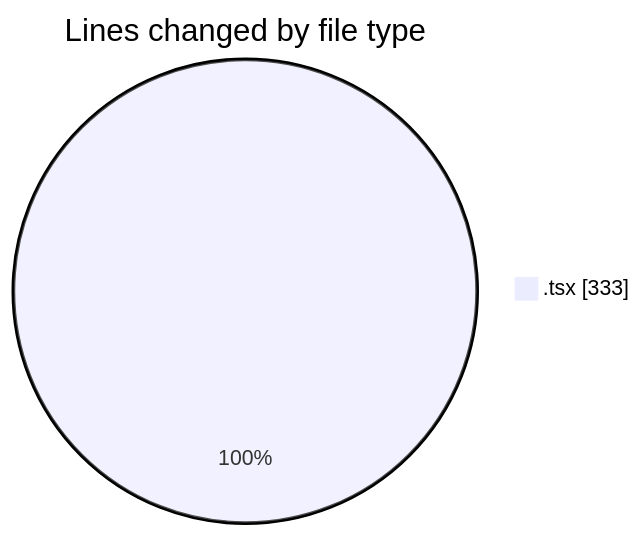
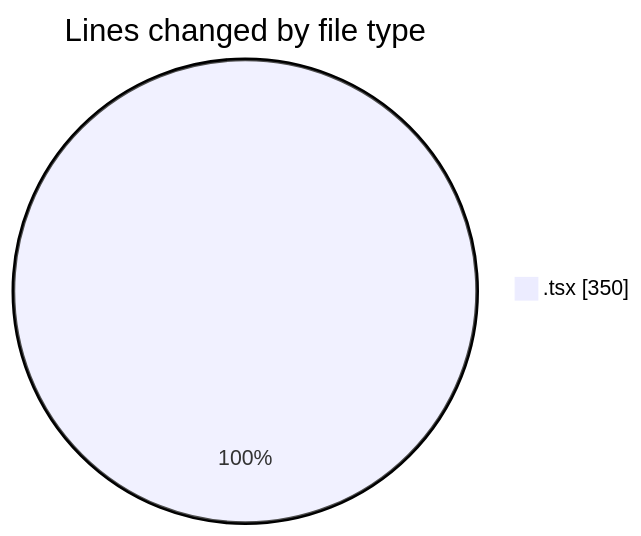
The first of 2 diagrams in 2026-08-16/nxtqube_webapp/README.md (nxtqubesakshisongat/code-tracking), drawn with Mermaid before and after one commit. The commit also changed other lines of this file and 1 other file, not shown here.

````diff
--- a/2026-08-16/nxtqube_webapp/README.md
+++ b/2026-08-16/nxtqube_webapp/README.md
@@ -21,5 +21,5 @@
 ```mermaid
 pie showData
 title Lines changed by file type
-".tsx" : 333
+".tsx" : 350
 ```
````
